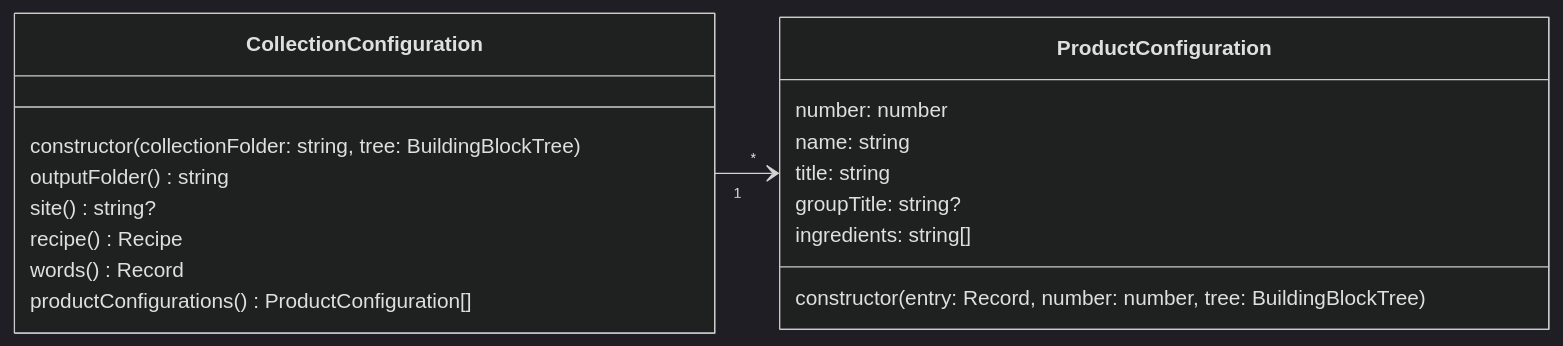
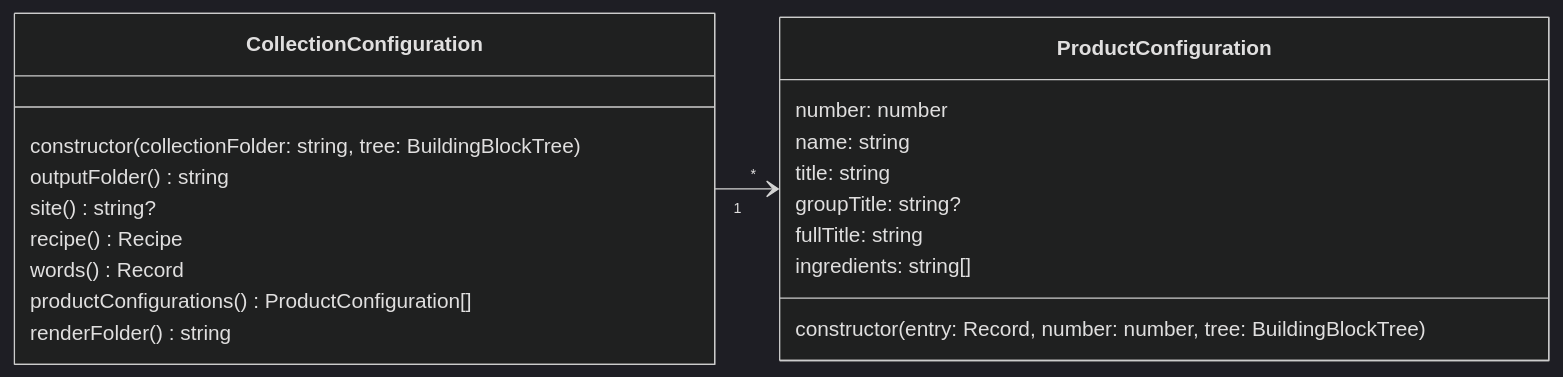
Before and after one commit to matthiasbaitsch/quarto-loi-moi: the fourth of 6 diagrams in DESIGN.md, drawn with Mermaid (dark theme). The commit also changed other lines of this file and 24 other files, not shown here.

First line of the commit message:
One folder per product in c/, link pages, ${full-title}, no versioned src/

````diff
--- a/DESIGN.md
+++ b/DESIGN.md
@@ -178,21 +178,23 @@
 ```mermaid
 classDiagram
   direction LR
   CollectionConfiguration "1" --> "*" ProductConfiguration
   class CollectionConfiguration {
     constructor(collectionFolder: string, tree: BuildingBlockTree)
     outputFolder() string
     site() string?
     recipe() Recipe
     words() Record
     productConfigurations() ProductConfiguration[]
+    renderFolder() string
   }
   class ProductConfiguration {
     number: number
     name: string
     title: string
     groupTitle: string?
+    fullTitle: string
     ingredients: string[]
     constructor(entry: Record, number: number, tree: BuildingBlockTree)
   }
 ```
````
